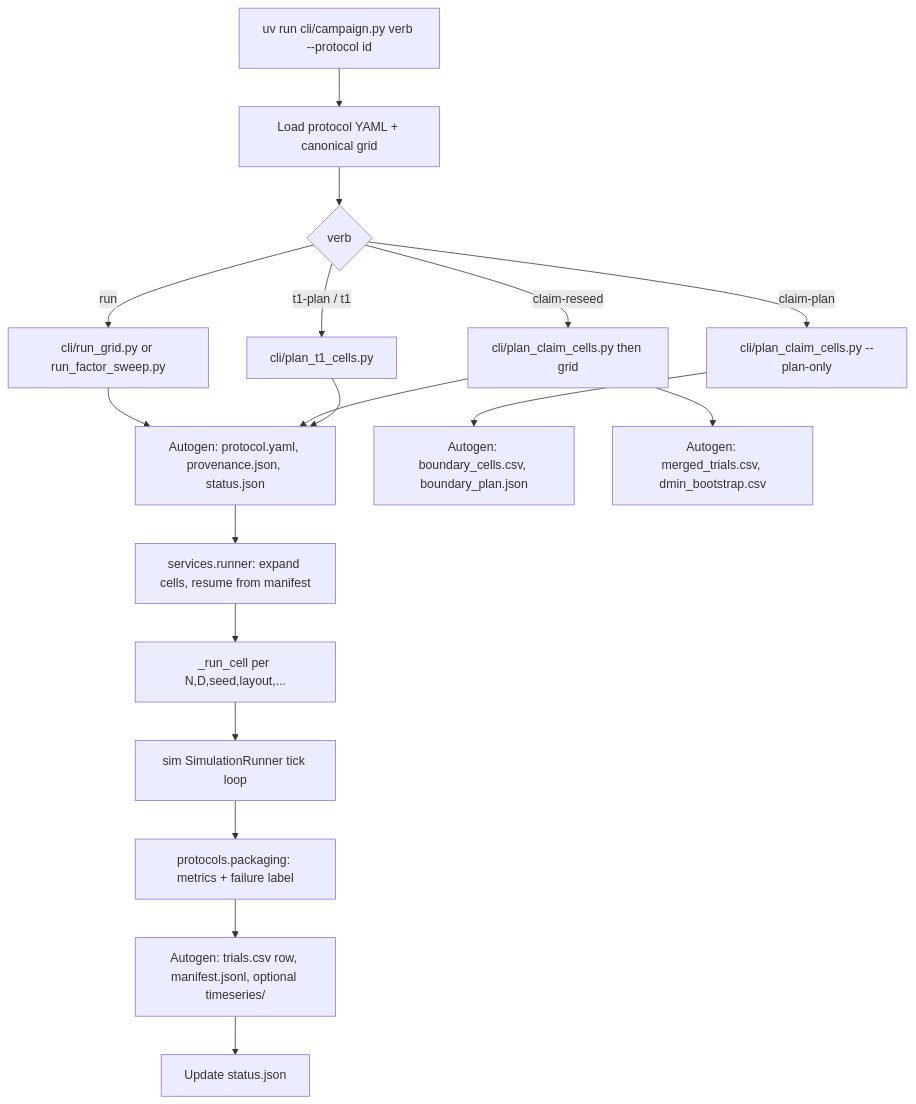
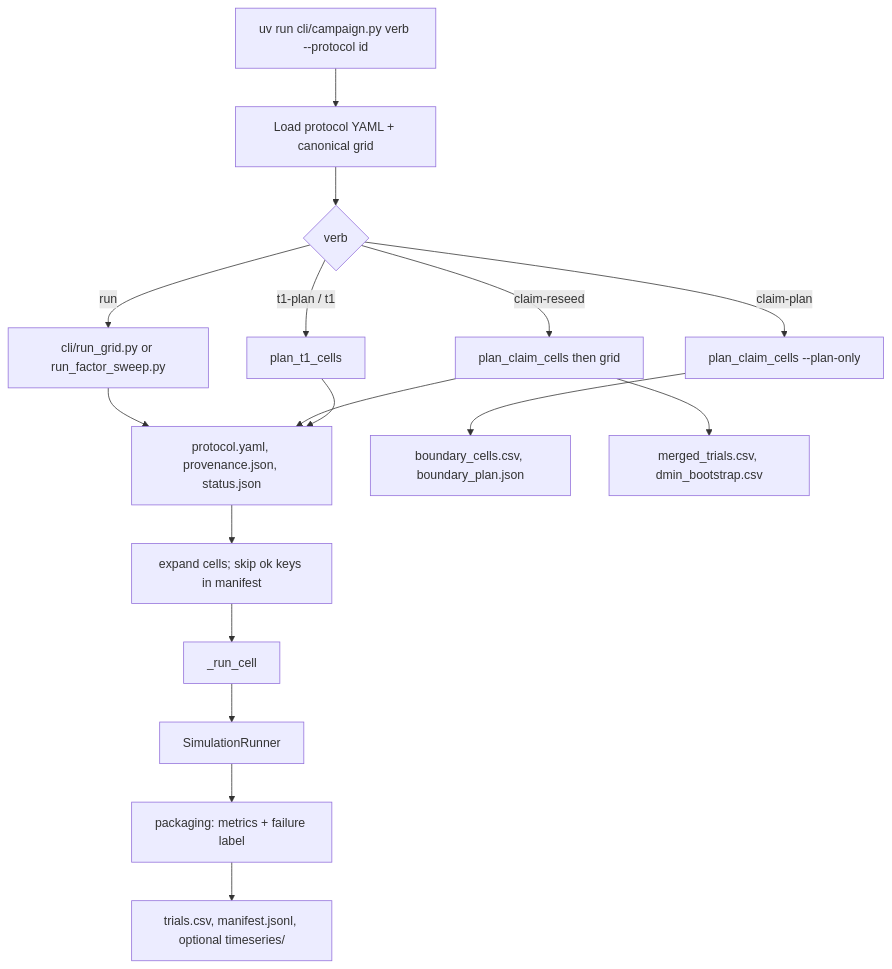
One commit to lykimq/HerdSim changed the third of 4 diagrams in docs/codes/architecture.md. Above: the diagram before and after it, drawn with Mermaid. The commit also changed other lines of this file and 260 other files, not shown here.

````diff
--- a/docs/codes/architecture.md
+++ b/docs/codes/architecture.md
@@ -62,25 +117,24 @@
 ```mermaid
 flowchart TB
   cmd["uv run cli/campaign.py verb --protocol id"]
   load["Load protocol YAML + canonical grid"]
   verb{"verb"}
 
   cmd --> load --> verb
 
   verb -->|run| grid["cli/run_grid.py or run_factor_sweep.py"]
-  verb -->|claim-plan| plan["cli/plan_claim_cells.py --plan-only"]
-  verb -->|claim-reseed| reseed["cli/plan_claim_cells.py then grid"]
-  verb -->|t1-plan / t1| t1["cli/plan_t1_cells.py"]
+  verb -->|claim-plan| plan["plan_claim_cells --plan-only"]
+  verb -->|claim-reseed| reseed["plan_claim_cells then grid"]
+  verb -->|t1-plan / t1| t1["plan_t1_cells"]
 
-  grid --> prep["Autogen: protocol.yaml, provenance.json, status.json"]
+  grid --> prep["protocol.yaml, provenance.json, status.json"]
   reseed --> prep
   t1 --> prep
-  prep --> pool["services.runner: expand cells, resume from manifest"]
-  pool --> cell["_run_cell per N,D,seed,layout,..."]
-  cell --> eng["sim SimulationRunner tick loop"]
-  eng --> pack["protocols.packaging: metrics + failure label"]
-  pack --> write["Autogen: trials.csv row, manifest.jsonl, optional timeseries/"]
-  write --> status["Update status.json"]
-  plan --> boundaries["Autogen: boundary_cells.csv, boundary_plan.json"]
-  reseed --> merge["Autogen: merged_trials.csv, dmin_bootstrap.csv"]
+  prep --> pool["expand cells; skip ok keys in manifest"]
+  pool --> cell["_run_cell"]
+  cell --> eng["SimulationRunner"]
+  eng --> pack["packaging: metrics + failure label"]
+  pack --> write["trials.csv, manifest.jsonl, optional timeseries/"]
+  plan --> boundaries["boundary_cells.csv, boundary_plan.json"]
+  reseed --> merge["merged_trials.csv, dmin_bootstrap.csv"]
 ```
````
